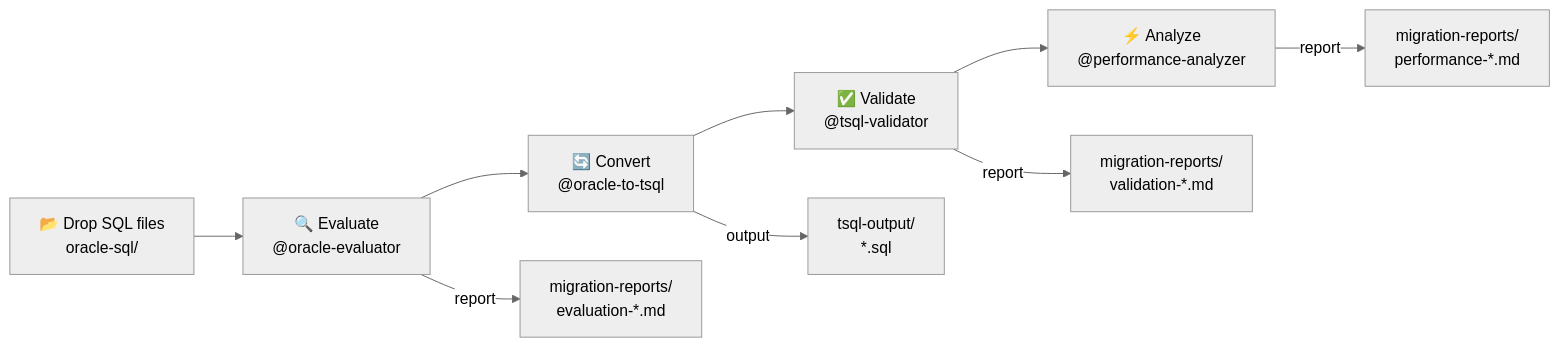
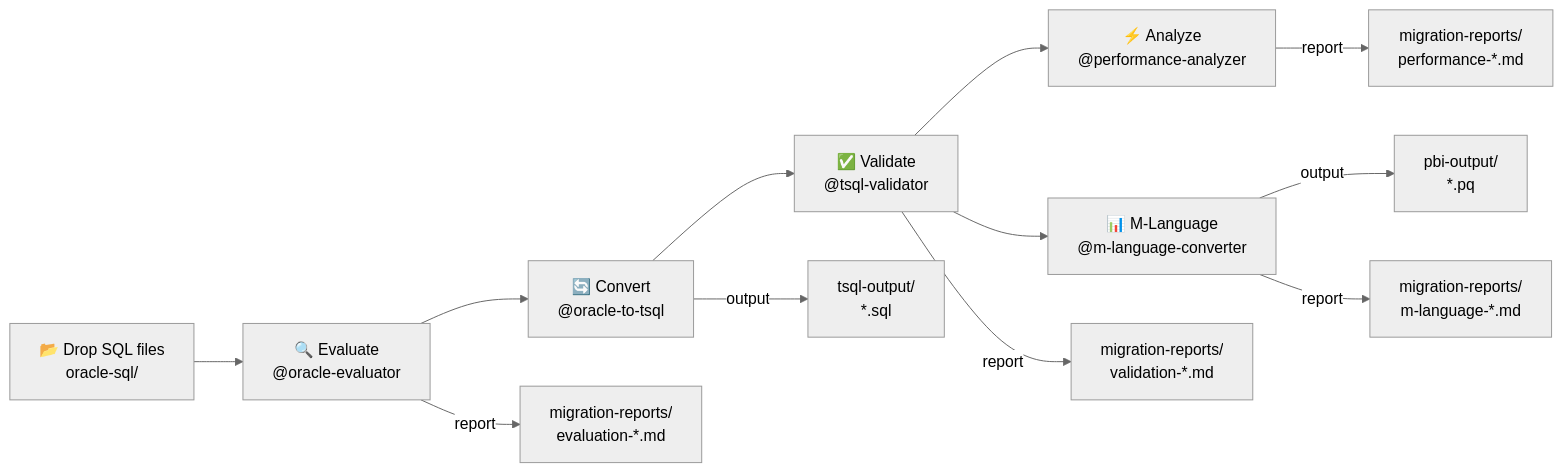
Before and after one commit to samueltauil/oracle-to-tsql: the first of 3 diagrams in README.md, drawn with Mermaid (neutral theme). The commit also changed other lines of this file and 5 other files, not shown here.

First line of the commit message:
feat: add M-language pipeline phase and consolidated reports

````diff
--- a/README.md
+++ b/README.md
@@ -47,12 +50,15 @@
 ```mermaid
 flowchart LR
     A["📂 Drop SQL files\noracle-sql/"] --> B["🔍 Evaluate\n@oracle-evaluator"]
     B --> C["🔄 Convert\n@oracle-to-tsql"]
     C --> D["✅ Validate\n@tsql-validator"]
     D --> E["⚡ Analyze\n@performance-analyzer"]
+    D --> F["📊 M-Language\n@m-language-converter"]
 
     B -->|report| R1["migration-reports/\nevaluation-*.md"]
     C -->|output| R2["tsql-output/\n*.sql"]
     D -->|report| R3["migration-reports/\nvalidation-*.md"]
     E -->|report| R4["migration-reports/\nperformance-*.md"]
+    F -->|output| R5["pbi-output/\n*.pq"]
+    F -->|report| R6["migration-reports/\nm-language-*.md"]
 ```
````
